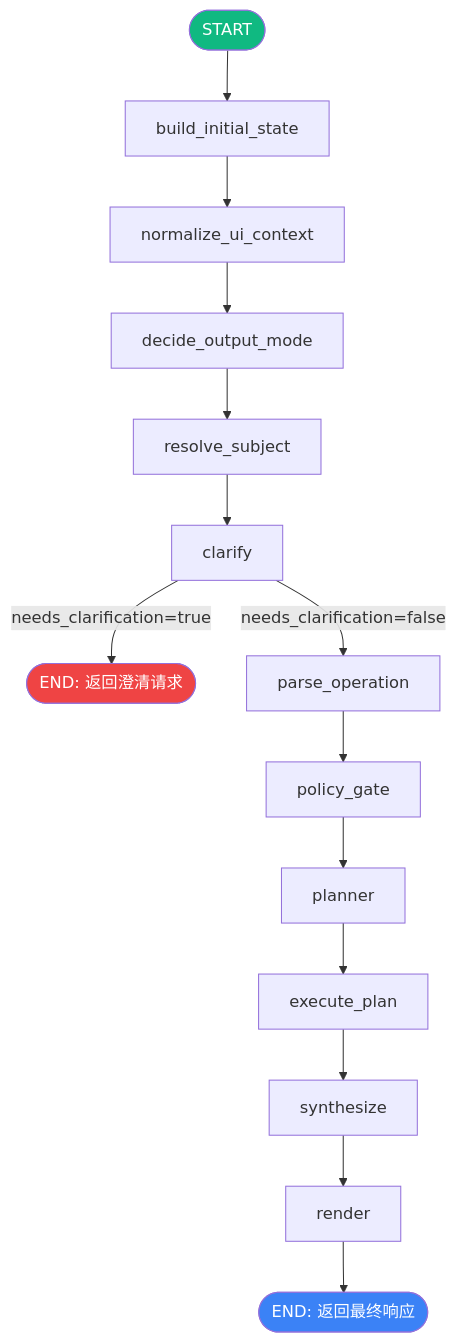
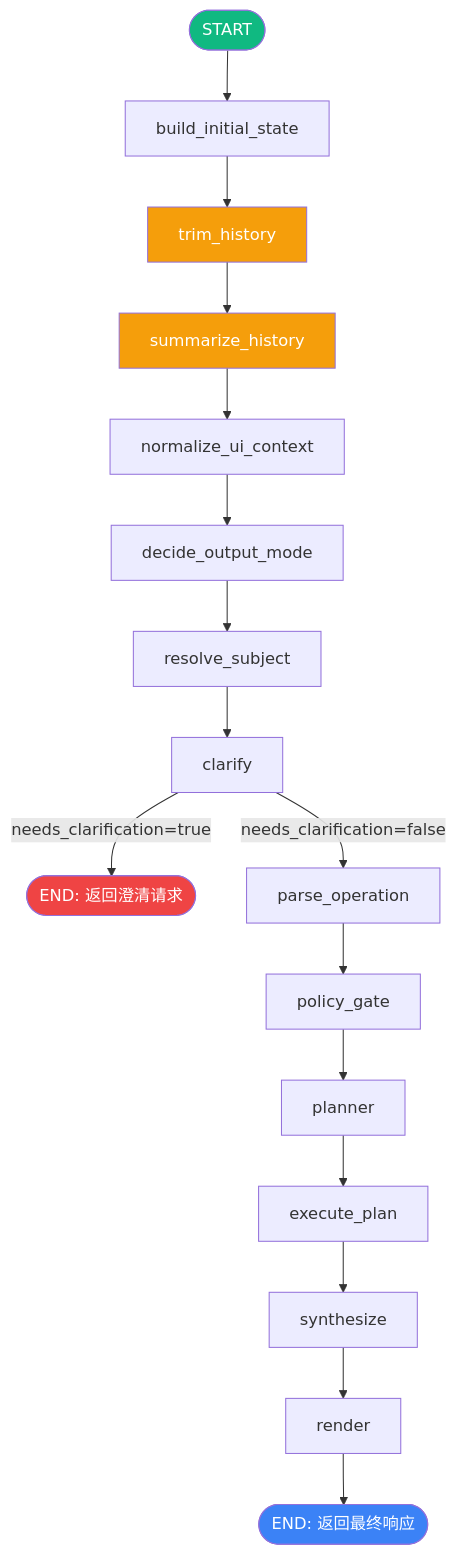
Before and after one commit to kkkano/FinSight: the diagram in docs/LANGGRAPH_FLOW.md, drawn with Mermaid. The commit also changed other lines of this file and 20 other files, not shown here.

First line of the commit message:
feat: PM0 memory module — conversation history, trim, summarize, cleanup

````diff
--- a/docs/LANGGRAPH_FLOW.md
+++ b/docs/LANGGRAPH_FLOW.md
@@ -9,22 +9,26 @@
 ```mermaid
 graph TD
     START([START]) --> build_initial_state
-    build_initial_state --> normalize_ui_context
+    build_initial_state --> trim_history
+    trim_history --> summarize_history
+    summarize_history --> normalize_ui_context
     normalize_ui_context --> decide_output_mode
     decide_output_mode --> resolve_subject
     resolve_subject --> clarify
 
     clarify -->|needs_clarification=true| END_CLARIFY([END: 返回澄清请求])
     clarify -->|needs_clarification=false| parse_operation
 
     parse_operation --> policy_gate
     policy_gate --> planner
     planner --> execute_plan
     execute_plan --> synthesize
     synthesize --> render
     render --> END_DONE([END: 返回最终响应])
 
     style START fill:#10b981,color:#fff
+    style trim_history fill:#f59e0b,color:#fff
+    style summarize_history fill:#f59e0b,color:#fff
     style END_CLARIFY fill:#ef4444,color:#fff
     style END_DONE fill:#3b82f6,color:#fff
 ```
````
